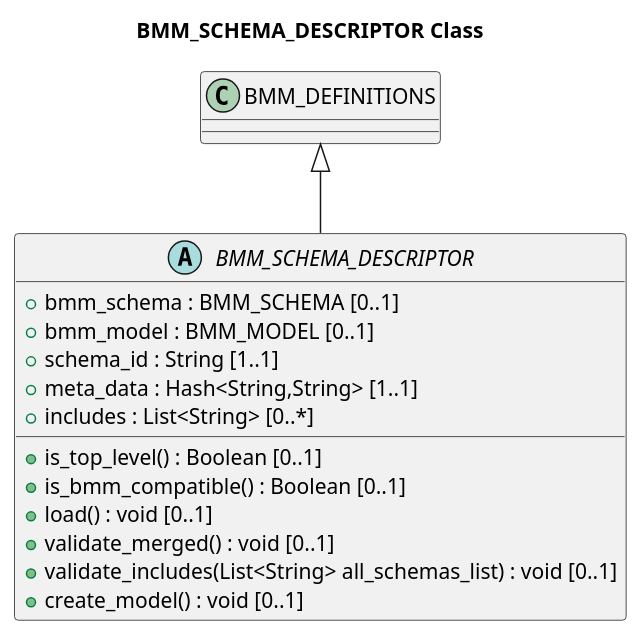
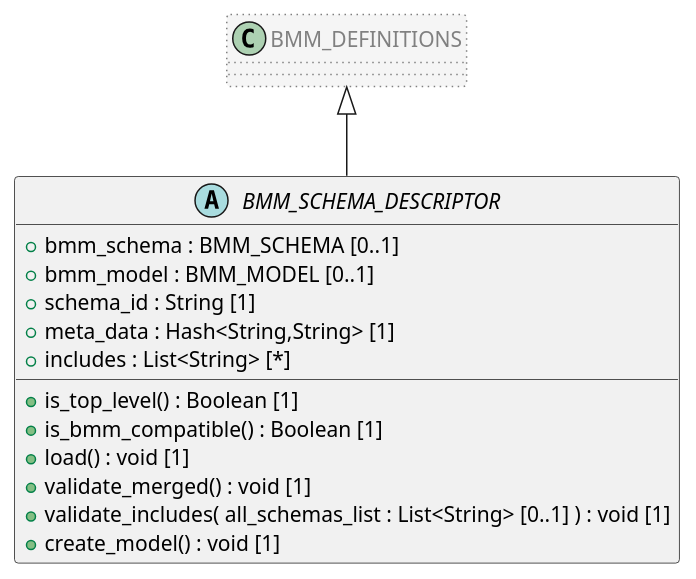
One commit to sebastian-iancu/code-generator changed the diagram in code/PlantUML/openehr_base_1.0.4/org/openehr/base/bmm/rm_access/BMM_SCHEMA_DESCRIPTOR.puml. Above: the diagram before and after it, drawn with PlantUML. The commit also changed 1618 other files, not shown here.

```diff
--- a/code/PlantUML/openehr_base_1.0.4/org/openehr/base/bmm/rm_access/BMM_SCHEMA_DESCRIPTOR.puml
+++ b/code/PlantUML/openehr_base_1.0.4/org/openehr/base/bmm/rm_access/BMM_SCHEMA_DESCRIPTOR.puml
@@ -1,25 +1,23 @@
 @startuml
-' PlantUML diagram for org.openehr.base.bmm.rm_access.BMM_SCHEMA_DESCRIPTOR
-title BMM_SCHEMA_DESCRIPTOR Class
 
 abstract class BMM_SCHEMA_DESCRIPTOR {
   + bmm_schema : BMM_SCHEMA [0..1]
   + bmm_model : BMM_MODEL [0..1]
-  + schema_id : String [1..1]
-  + meta_data : Hash<String,String> [1..1]
-  + includes : List<String> [0..*]
-  + is_top_level() : Boolean [0..1]
-  + is_bmm_compatible() : Boolean [0..1]
-  + load() : void [0..1]
-  + validate_merged() : void [0..1]
-  + validate_includes(List<String> all_schemas_list) : void [0..1]
-  + create_model() : void [0..1]
+  + schema_id : String [1]
+  + meta_data : Hash<String,String> [1]
+  + includes : List<String> [*]
+  + is_top_level() : Boolean [1]
+  + is_bmm_compatible() : Boolean [1]
+  + load() : void [1]
+  + validate_merged() : void [1]
+  + validate_includes( all_schemas_list : List<String> [0..1] ) : void [1]
+  + create_model() : void [1]
 }
 
-class BMM_DEFINITIONS {
+class BMM_DEFINITIONS  #whitesmoke;line:gray;line.dotted;text:gray {
 }
 
 BMM_DEFINITIONS <|-- BMM_SCHEMA_DESCRIPTOR
 
 
 @enduml
```
